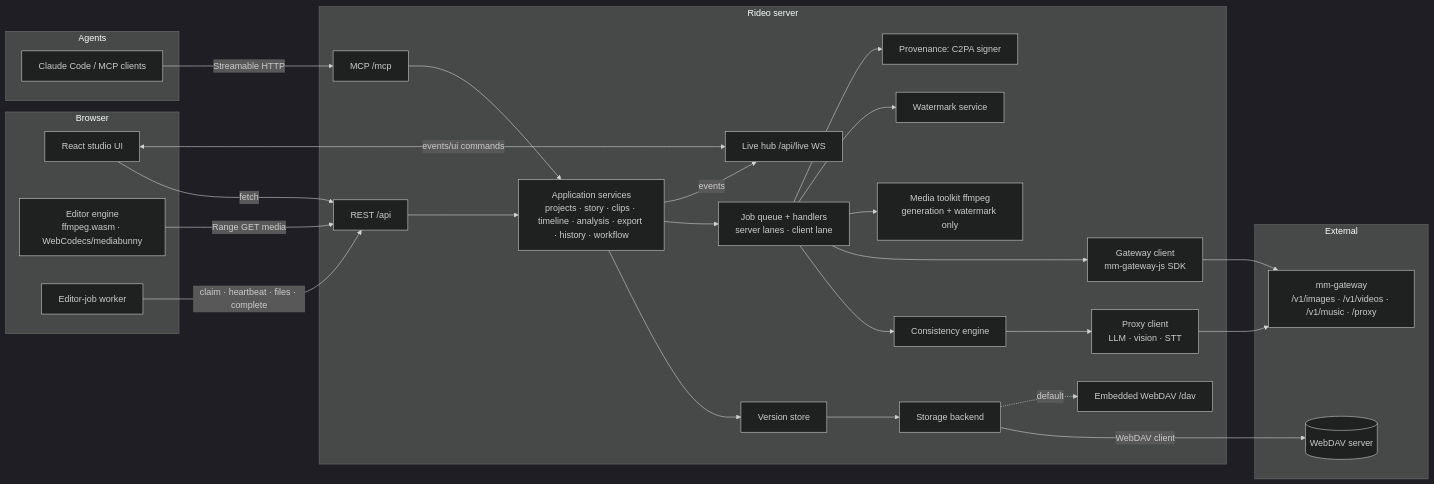
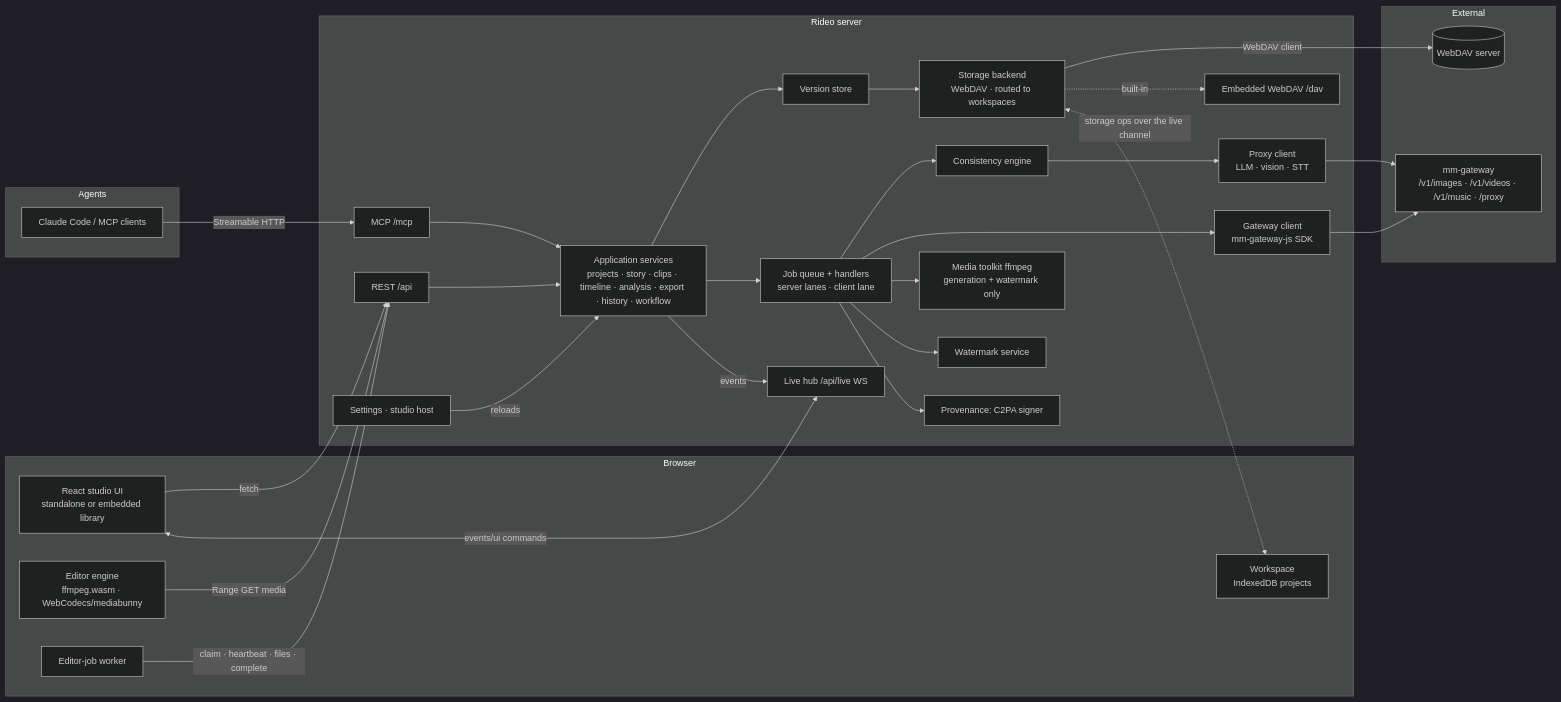
One commit to sloth-os/rideo changed the diagram in docs/architecture.md. Above: the diagram before and after it, drawn with Mermaid (dark theme). The commit also changed other lines of this file and 144 other files, not shown here.

````diff
--- a/docs/architecture.md
+++ b/docs/architecture.md
@@ -22,48 +29,52 @@
 ```mermaid
 flowchart LR
   subgraph Browser
-    UI[React studio UI]
+    UI[React studio UI<br/>standalone or embedded library]
     ENG[Editor engine<br/>ffmpeg.wasm · WebCodecs/mediabunny]
     EJ[Editor-job worker]
+    WS[Workspace<br/>IndexedDB projects]
   end
   subgraph Agents
     CC[Claude Code / MCP clients]
   end
   subgraph Rideo server
     REST[REST /api]
     LIVE[Live hub /api/live WS]
     MCP[MCP /mcp]
     SVC[Application services<br/>projects · story · clips · timeline · analysis · export · history · workflow]
     JOBS[Job queue + handlers<br/>server lanes · client lane]
     CONS[Consistency engine]
     WM[Watermark service]
     C2PA[Provenance: C2PA signer]
     MEDIA[Media toolkit ffmpeg<br/>generation + watermark only]
     VCS[Version store]
-    STORE[Storage backend]
+    STORE[Storage backend<br/>WebDAV · routed to workspaces]
     DAV[Embedded WebDAV /dav]
+    SET[Settings · studio host]
     GW[Gateway client<br/>mm-gateway-js SDK]
     PX[Proxy client<br/>LLM · vision · STT]
   end
   subgraph External
     MMG[mm-gateway<br/>/v1/images · /v1/videos · /v1/music · /proxy]
     WEBDAV[(WebDAV server)]
   end
   UI -- fetch --> REST
   UI <-- events/ui commands --> LIVE
   ENG -- Range GET media --> REST
   EJ -- claim · heartbeat · files · complete --> REST
   CC -- Streamable HTTP --> MCP
   REST --> SVC
   MCP --> SVC
   SVC --> VCS --> STORE
   SVC --> JOBS --> CONS
   JOBS --> GW --> MMG
   CONS --> PX --> MMG
   JOBS --> MEDIA
   JOBS --> WM
   JOBS --> C2PA
   SVC -- events --> LIVE
   STORE -- WebDAV client --> WEBDAV
-  STORE -. default .-> DAV
+  STORE -. built-in .-> DAV
+  STORE <-. storage ops over the live channel .-> WS
+  SET -- reloads --> SVC
 ```
````
